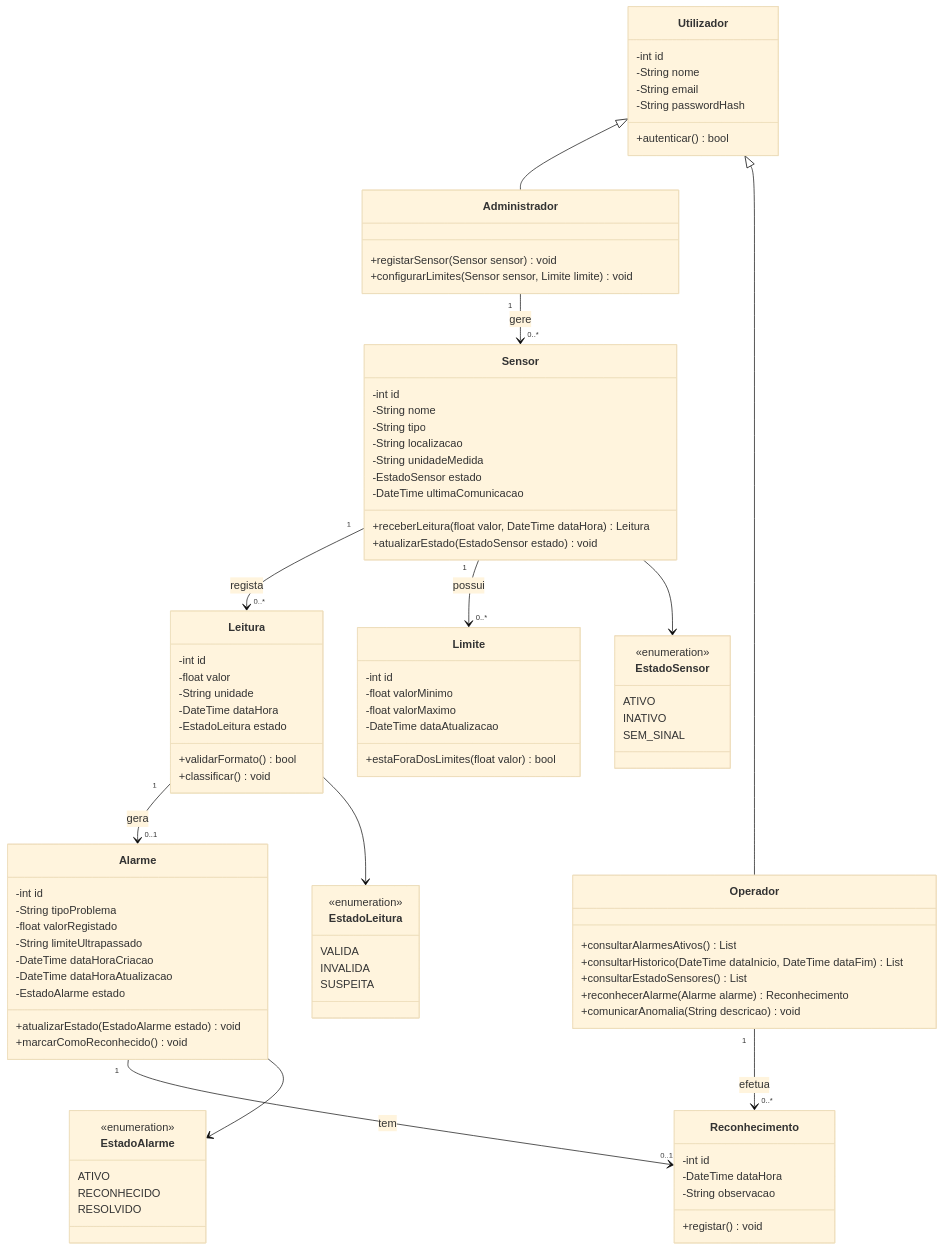
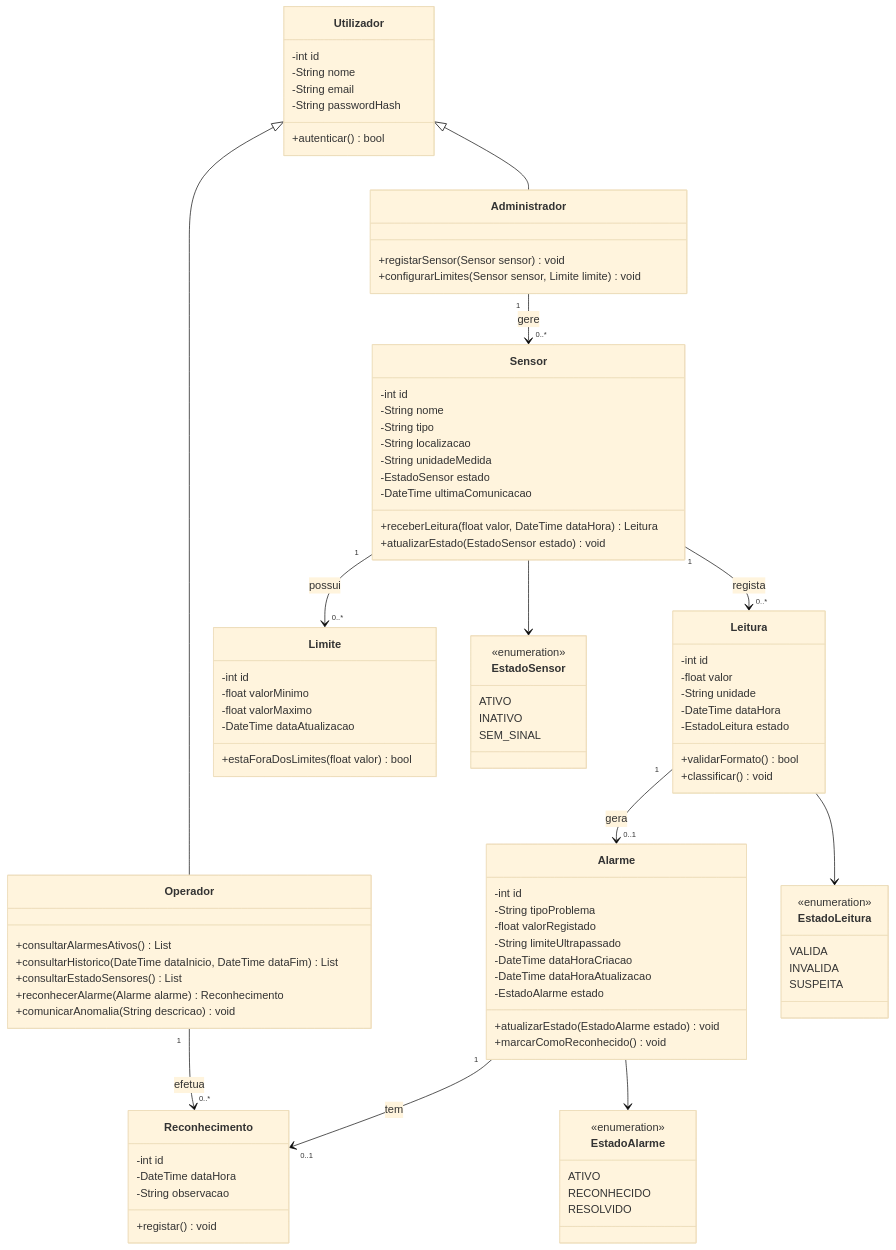
One commit to RuiAlmeida18/IESI2 changed the diagram in u.md. Above: the diagram before and after it, drawn with Mermaid (base theme). The commit also changed other lines of this file, not shown here.

````diff
--- a/u.md
+++ b/u.md
@@ -1,26 +1,5 @@
 ```mermaid
 classDiagram
-
-class EstadoSensor {
-  <<enumeration>>
-  ATIVO
-  INATIVO
-  SEM_SINAL
-}
-
-class EstadoAlarme {
-  <<enumeration>>
-  ATIVO
-  RECONHECIDO
-  RESOLVIDO
-}
-
-class EstadoLeitura {
-  <<enumeration>>
-  VALIDA
-  INVALIDA
-  SUSPEITA
-}
 
 class Utilizador {
   -int id
@@ -92,6 +71,27 @@
   +registar() void
 }
 
+class EstadoSensor {
+  <<enumeration>>
+  ATIVO
+  INATIVO
+  SEM_SINAL
+}
+
+class EstadoLeitura {
+  <<enumeration>>
+  VALIDA
+  INVALIDA
+  SUSPEITA
+}
+
+class EstadoAlarme {
+  <<enumeration>>
+  ATIVO
+  RECONHECIDO
+  RESOLVIDO
+}
+
 Utilizador <|-- Administrador
 Utilizador <|-- Operador
 
@@ -99,6 +99,7 @@
 Sensor "1" --> "0..*" Leitura : regista
 Sensor "1" --> "0..*" Limite : possui
 Leitura "1" --> "0..1" Alarme : gera
+
 Alarme "1" --> "0..1" Reconhecimento : tem
 Operador "1" --> "0..*" Reconhecimento : efetua
 
````
